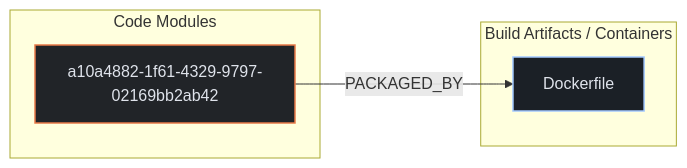
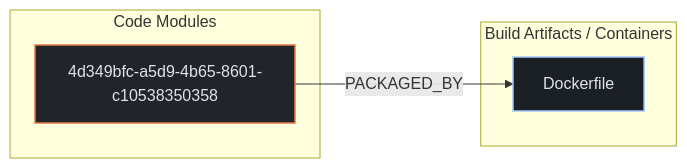
Before and after one commit to kumarshaz/atruss-code-atlas: the second of 3 diagrams in exports/latest/reports/hamvocke-spring-testing-report.md, drawn with Mermaid. The commit also changed other lines of this file and 27 other files, not shown here.

````diff
--- a/exports/latest/reports/hamvocke-spring-testing-report.md
+++ b/exports/latest/reports/hamvocke-spring-testing-report.md
@@ -118,15 +118,15 @@
 ```mermaid
 flowchart LR
     %% title: Code-to-Cloud Deployment Traceability
     classDef atlasCategory fill:#212428,stroke:#E87A48,stroke-width:1.5px,color:#dfe3eb
     classDef atlasWorkflow fill:#1b2026,stroke:#a3c9ff,stroke-width:1.5px,color:#dfe3eb
     classDef atlasJob fill:#171c22,stroke:#8d9199,stroke-width:1px,color:#dfe3eb
     classDef atlasTarget fill:#005227,stroke:#8bd99b,stroke-width:1.5px,color:#a7f6b6
     subgraph code_modules["Code Modules"]
-        mod_a10a4882_1f61_4329_9797_02169bb2ab42["a10a4882-1f61-4329-9797-02169bb2ab42"]:::atlasCategory
+        mod_4d349bfc_a5d9_4b65_8601_c10538350358["4d349bfc-a5d9-4b65-8601-c10538350358"]:::atlasCategory
     end
     subgraph build_artifacts["Build Artifacts / Containers"]
         art_Dockerfile["Dockerfile"]:::atlasWorkflow
     end
-    mod_a10a4882_1f61_4329_9797_02169bb2ab42 -->|PACKAGED_BY| art_Dockerfile
+    mod_4d349bfc_a5d9_4b65_8601_c10538350358 -->|PACKAGED_BY| art_Dockerfile
 ```
````
